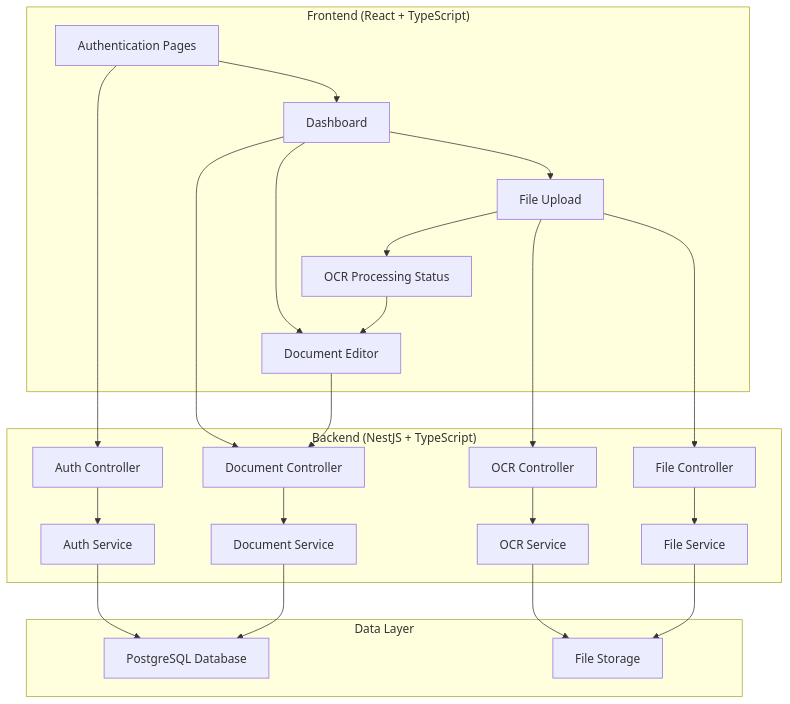
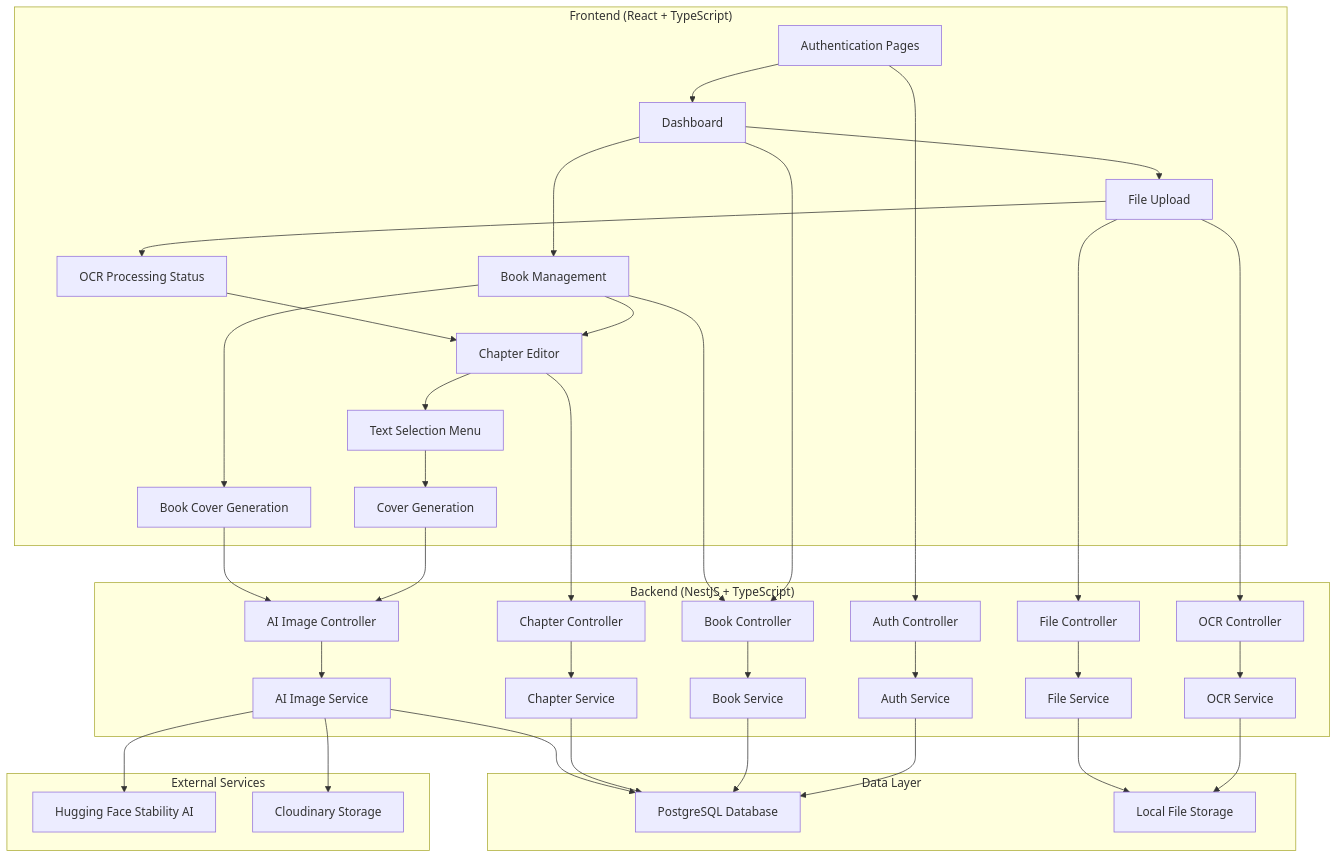
Before and after one commit to Ahny678/INK-AND-KEYS: the first of 2 diagrams in .kiro/specs/ink-and-keys/design.md, drawn with Mermaid. The commit also changed other lines of this file and 3 other files, not shown here.

````diff
--- a/.kiro/specs/ink-and-keys/design.md
+++ b/.kiro/specs/ink-and-keys/design.md
@@ -11,33 +11,51 @@
 ```mermaid
 graph TB
     subgraph "Frontend (React + TypeScript)"
         A[Authentication Pages] --> B[Dashboard]
-        B --> C[Document Editor]
-        B --> D[File Upload]
-        D --> E[OCR Processing Status]
-        E --> C
+        B --> C[Book Management]
+        C --> D[Chapter Editor]
+        B --> E[File Upload]
+        E --> F[OCR Processing Status]
+        F --> D
+        D --> G[Text Selection Menu]
+        G --> H[Cover Generation]
+        C --> I[Book Cover Generation]
     end
     
     subgraph "Backend (NestJS + TypeScript)"
-        F[Auth Controller] --> G[Auth Service]
-        H[Document Controller] --> I[Document Service]
-        J[OCR Controller] --> K[OCR Service]
-        L[File Controller] --> M[File Service]
+        J[Auth Controller] --> K[Auth Service]
+        L[Book Controller] --> M[Book Service]
+        N[Chapter Controller] --> O[Chapter Service]
+        P[OCR Controller] --> Q[OCR Service]
+        R[File Controller] --> S[File Service]
+        T[AI Image Controller] --> U[AI Image Service]
+    end
+    
+    subgraph "External Services"
+        V[Hugging Face Stability AI]
+        W[Cloudinary Storage]
     end
     
     subgraph "Data Layer"
-        N[PostgreSQL Database]
-        O[File Storage]
+        X[PostgreSQL Database]
+        Y[Local File Storage]
     end
     
-    A --> F
-    B --> H
-    C --> H
-    D --> L
-    D --> J
+    A --> J
+    B --> L
+    C --> L
+    D --> N
+    E --> R
+    E --> P
+    H --> T
+    I --> T
     
-    G --> N
-    I --> N
-    K --> O
-    M --> O
+    K --> X
+    M --> X
+    O --> X
+    Q --> Y
+    S --> Y
+    U --> V
+    U --> W
+    U --> X
 ```
````
